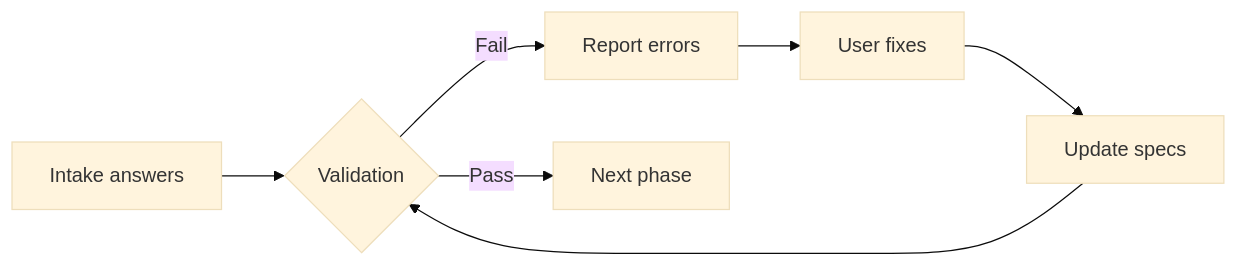
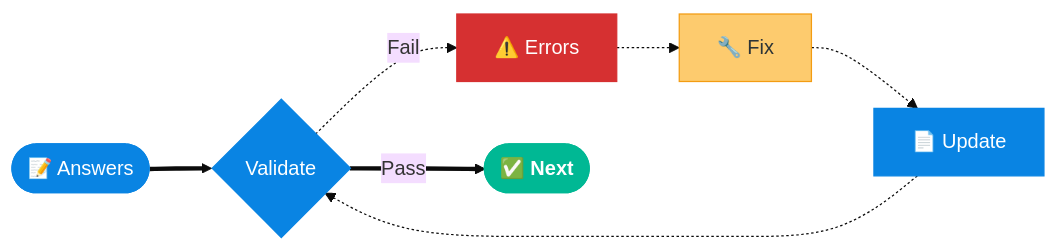
The third of 4 diagrams in README.md (yunusakin/spectra), drawn with Mermaid (base theme) before and after one commit. The commit also changed other lines of this file, not shown here.

````diff
--- a/README.md
+++ b/README.md
@@ -135,9 +165,20 @@
 ```mermaid
 flowchart LR
-  Intake["Intake answers"] --> Check{"Validation"}
-  Check -->|Fail| Report["Report errors"]
-  Report --> Fix["User fixes"]
-  Fix --> Update["Update specs"]
-  Update --> Check
-  Check -->|Pass| Next["Next phase"]
+  Intake(["📝 Answers"]) ==> Check{"Validate"}
+  Check -.->|Fail| Report["⚠️ Errors"]
+  Report -.-> Fix["🔧 Fix"]
+  Fix -.-> Update["📄 Update"]
+  Update -.-> Check
+  Check ==>|Pass| Next(["✅ Next"])
+
+  classDef start fill:#0984E3,stroke:#0984E3,color:#fff
+  classDef ok fill:#00B894,stroke:#00B894,color:#fff,font-weight:bold
+  classDef err fill:#D63031,stroke:#D63031,color:#fff
+  classDef fix fill:#FDCB6E,stroke:#F39C12,color:#2D3436
+
+  class Intake start
+  class Check,Update start
+  class Report err
+  class Fix fix
+  class Next ok
 ```
````
